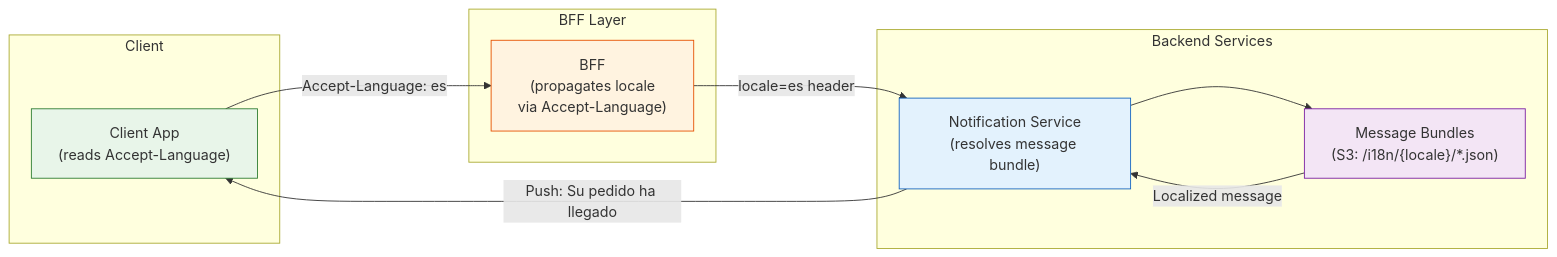
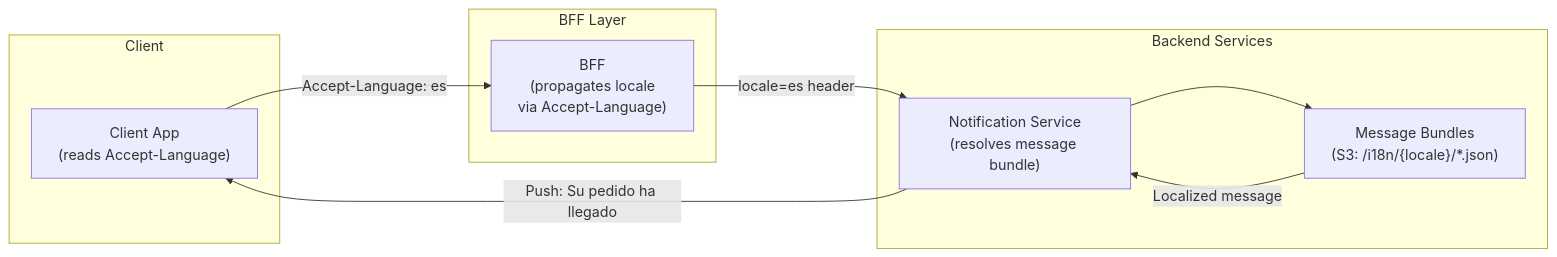
The third of 4 diagrams in 06-developer-guides/06-multi-region-patterns.md (rishikeshdhokare/platform-manifesto), drawn with Mermaid before and after one commit. The commit also changed other lines of this file and 14 other files, not shown here.

First line of the commit message:
fix: remove mermaid style directives (119 lines across 15 files)

````diff
--- a/06-developer-guides/06-multi-region-patterns.md
+++ b/06-developer-guides/06-multi-region-patterns.md
@@ -284,26 +276,22 @@
 ```mermaid
 flowchart LR
     subgraph "Client"
         APP["Client App\n(reads Accept-Language)"]
     end
 
     subgraph "BFF Layer"
         BFF["BFF\n(propagates locale\nvia Accept-Language)"]
     end
 
     subgraph "Backend Services"
         NS["Notification Service\n(resolves message bundle)"]
         MB["Message Bundles\n(S3: /i18n/{locale}/*.json)"]
     end
 
     APP -->|"Accept-Language: es"| BFF
     BFF -->|"locale=es header"| NS
     NS --> MB
     MB -->|"Localized message"| NS
     NS -->|"Push: Su pedido ha llegado"| APP
 
-    style APP fill:#e8f5e9,stroke:#2e7d32
-    style BFF fill:#fff3e0,stroke:#e65100
-    style NS fill:#e3f2fd,stroke:#1565c0
-    style MB fill:#f3e5f5,stroke:#7b1fa2
 ```
````
